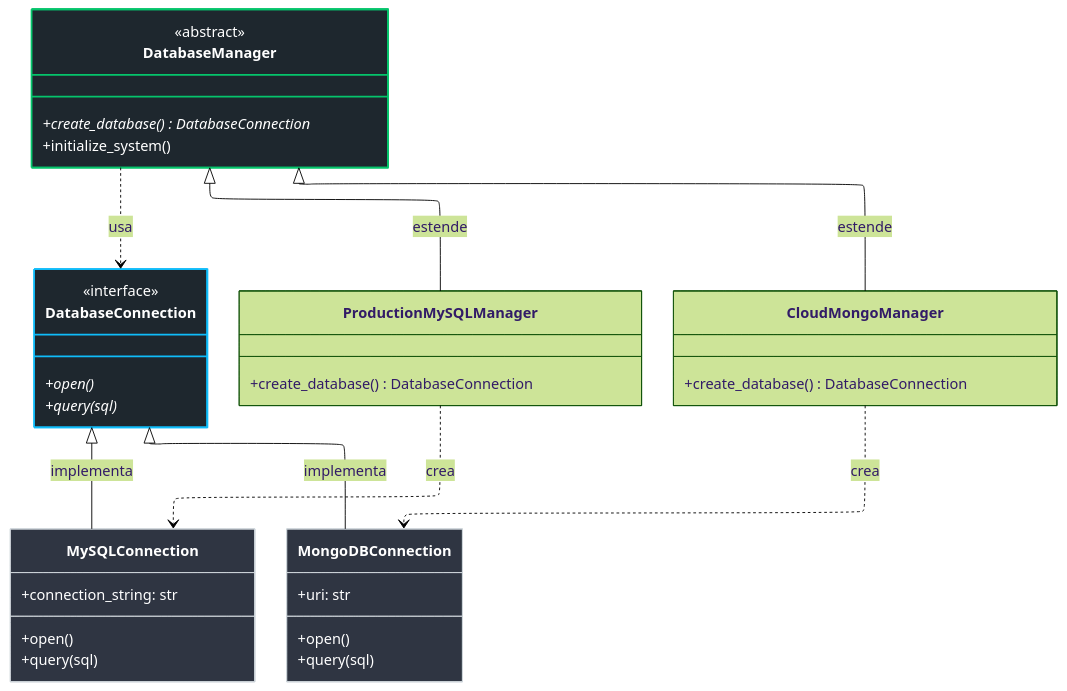
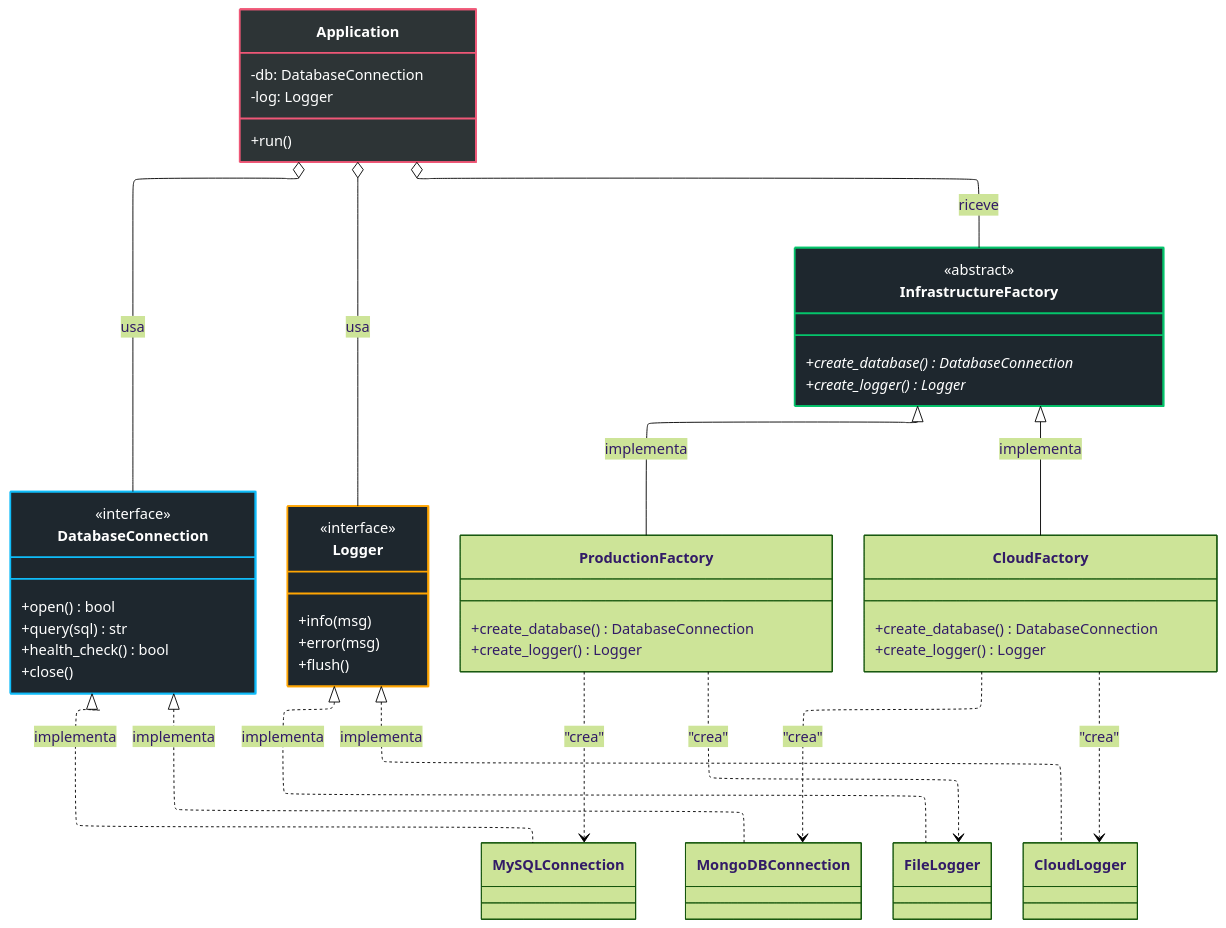
The second of 3 diagrams in 01_creational/abstract-factory/README.md (lucadileo9/design-pattern), drawn with Mermaid (forest theme) before and after one commit. The commit also changed other lines of this file, not shown here.

Commit message:
doc: update readme with correct diagrams

````diff
--- a/01_creational/abstract-factory/README.md
+++ b/01_creational/abstract-factory/README.md
@@ -117,52 +117,73 @@
 ```mermaid
 %%{init: {"layout": "elk"}}%%
 classDiagram
-    direction TD
+    direction TB
 
-    %% Gerarchia PRODOTTI
+    %% --- INTERFACCE (PRODOTTI) ---
     class DatabaseConnection {
         <<interface>>
-        +open()*
-        +query(sql)*
+        +open() bool
+        +query(sql) str
+        +health_check() bool
+        +close()
     }
-    class MySQLConnection {
-        +connection_string: str
-        +open()
-        +query(sql)
+
+    class Logger {
+        <<interface>>
+        +info(msg)
+        +error(msg)
+        +flush()
     }
-    class MongoDBConnection {
-        +uri: str
-        +open()
-        +query(sql)
-    }
-    
-    %% Gerarchia CREATORI
-    class DatabaseManager {
+
+    %% --- GERARCHIA FACTORY ---
+    class InfrastructureFactory {
         <<abstract>>
         +create_database()* DatabaseConnection
-        +initialize_system()
-    }
-    class ProductionMySQLManager {
-        +create_database() DatabaseConnection
-    }
-    class CloudMongoManager {
-        +create_database() DatabaseConnection
+        +create_logger()* Logger
     }
 
-    %% Relazioni di Ereditarietà
-    DatabaseConnection <|-- MySQLConnection : implementa
-    DatabaseConnection <|-- MongoDBConnection : implementa
-    DatabaseManager <|-- ProductionMySQLManager : estende
-    DatabaseManager <|-- CloudMongoManager : estende
+    class ProductionFactory {
+        +create_database() DatabaseConnection
+        +create_logger() Logger
+    }
 
-    %% Relazione di Dipendenza e Creazione
-    DatabaseManager ..> DatabaseConnection : usa
-    ProductionMySQLManager ..> MySQLConnection : crea
-    CloudMongoManager ..> MongoDBConnection : crea
+    class CloudFactory {
+        +create_database() DatabaseConnection
+        +create_logger() Logger
+    }
+
+    %% --- CLIENT ---
+    class Application {
+        -db: DatabaseConnection
+        -log: Logger
+        +run()
+    }
+
+    %% --- RELAZIONI ---
+    InfrastructureFactory <|-- ProductionFactory : implementa
+    InfrastructureFactory <|-- CloudFactory : implementa
+    
+    DatabaseConnection <|.. MySQLConnection : implementa
+    DatabaseConnection <|.. MongoDBConnection : implementa
+    
+    Logger <|.. FileLogger : implementa
+    Logger <|.. CloudLogger : implementa
+
+    %% Relazioni di Creazione (Vicolo di coerenza)
+    ProductionFactory ..> MySQLConnection : "crea"
+    ProductionFactory ..> FileLogger : "crea"
+    
+    CloudFactory ..> MongoDBConnection : "crea"
+    CloudFactory ..> CloudLogger : "crea"
+
+    %% Il Client usa solo le astrazioni
+    Application o-- InfrastructureFactory : riceve
+    Application o-- DatabaseConnection : usa
+    Application o-- Logger : usa
 
     %% Styling
+    style InfrastructureFactory fill:#1e272e,stroke:#05c46b,stroke-width:2px,color:#fff
     style DatabaseConnection fill:#1e272e,stroke:#0fbcf9,stroke-width:2px,color:#fff
-    style DatabaseManager fill:#1e272e,stroke:#05c46b,stroke-width:2px,color:#fff
-    style MySQLConnection fill:#2f3542,stroke:#ced4da,color:#fff
-    style MongoDBConnection fill:#2f3542,stroke:#ced4da,color:#fff
+    style Logger fill:#1e272e,stroke:#ffa502,stroke-width:2px,color:#fff
+    style Application fill:#2d3436,stroke:#ef5777,stroke-width:2px,color:#fff
 ```
````
